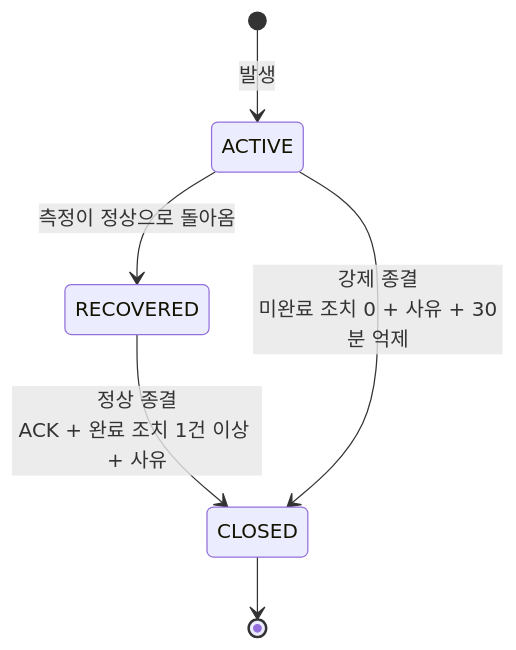
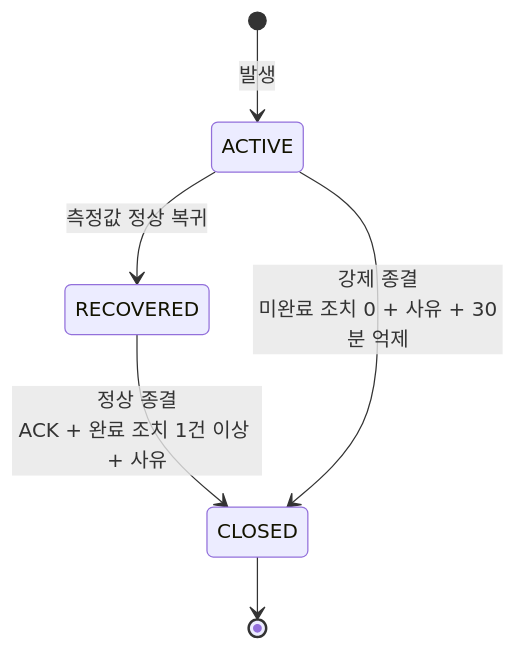
One commit to nkpFactoryMES/doc changed the second of 2 diagrams in alarms.md. Above: the diagram before and after it, drawn with Mermaid. The commit also changed other lines of this file and 13 other files, not shown here.

````diff
--- a/alarms.md
+++ b/alarms.md
@@ -28,8 +39,8 @@
 ```mermaid
 stateDiagram-v2
     [*] --> ACTIVE: 발생
-    ACTIVE --> RECOVERED: 측정이 정상으로 돌아옴
+    ACTIVE --> RECOVERED: 측정값 정상 복귀
     RECOVERED --> CLOSED: 정상 종결<br/>ACK + 완료 조치 1건 이상 + 사유
     ACTIVE --> CLOSED: 강제 종결<br/>미완료 조치 0 + 사유 + 30분 억제
     CLOSED --> [*]
 ```
````
